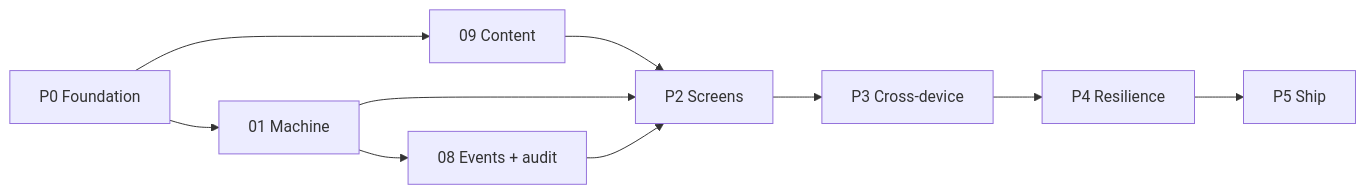
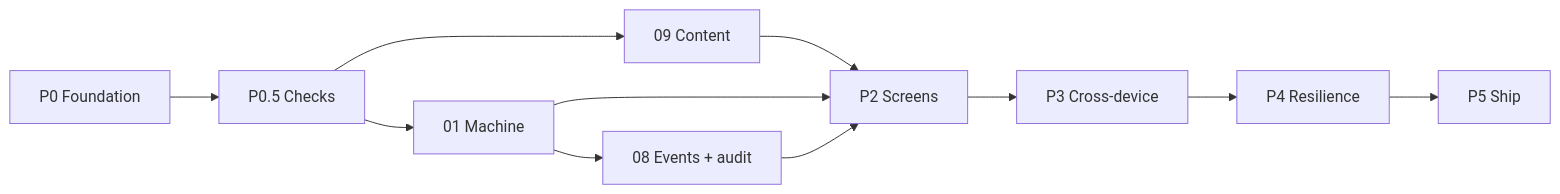
The diagram in specs/PLAN.md (Karabo-Seipelo/Tsogo-KYC), drawn with Mermaid before and after one commit. The commit also changed other lines of this file and 3 other files, not shown here.

````diff
--- a/specs/PLAN.md
+++ b/specs/PLAN.md
@@ -24,12 +25,13 @@
 ```mermaid
 flowchart LR
-  P0[P0 Foundation] --> C09[09 Content]
-  P0 --> C01[01 Machine]
+  P0[P0 Foundation] --> Q[P0.5 Checks]
+  Q --> C09[09 Content]
+  Q --> C01[01 Machine]
   C01 --> C08[08 Events + audit]
   C09 --> UI[P2 Screens]
   C01 --> UI
   C08 --> UI
   UI --> X[P3 Cross-device]
   X --> R[P4 Resilience]
   R --> S[P5 Ship]
 ```
````
